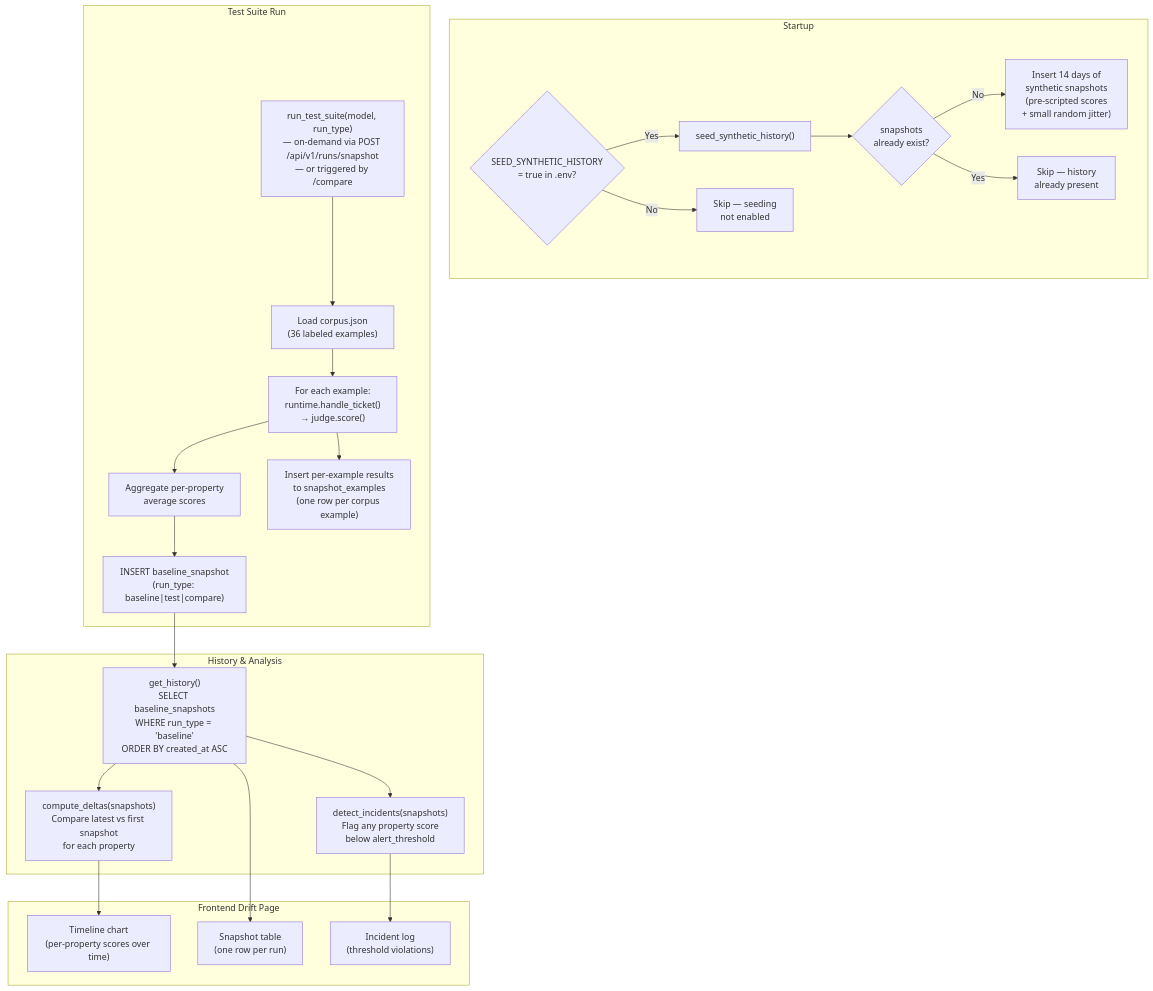
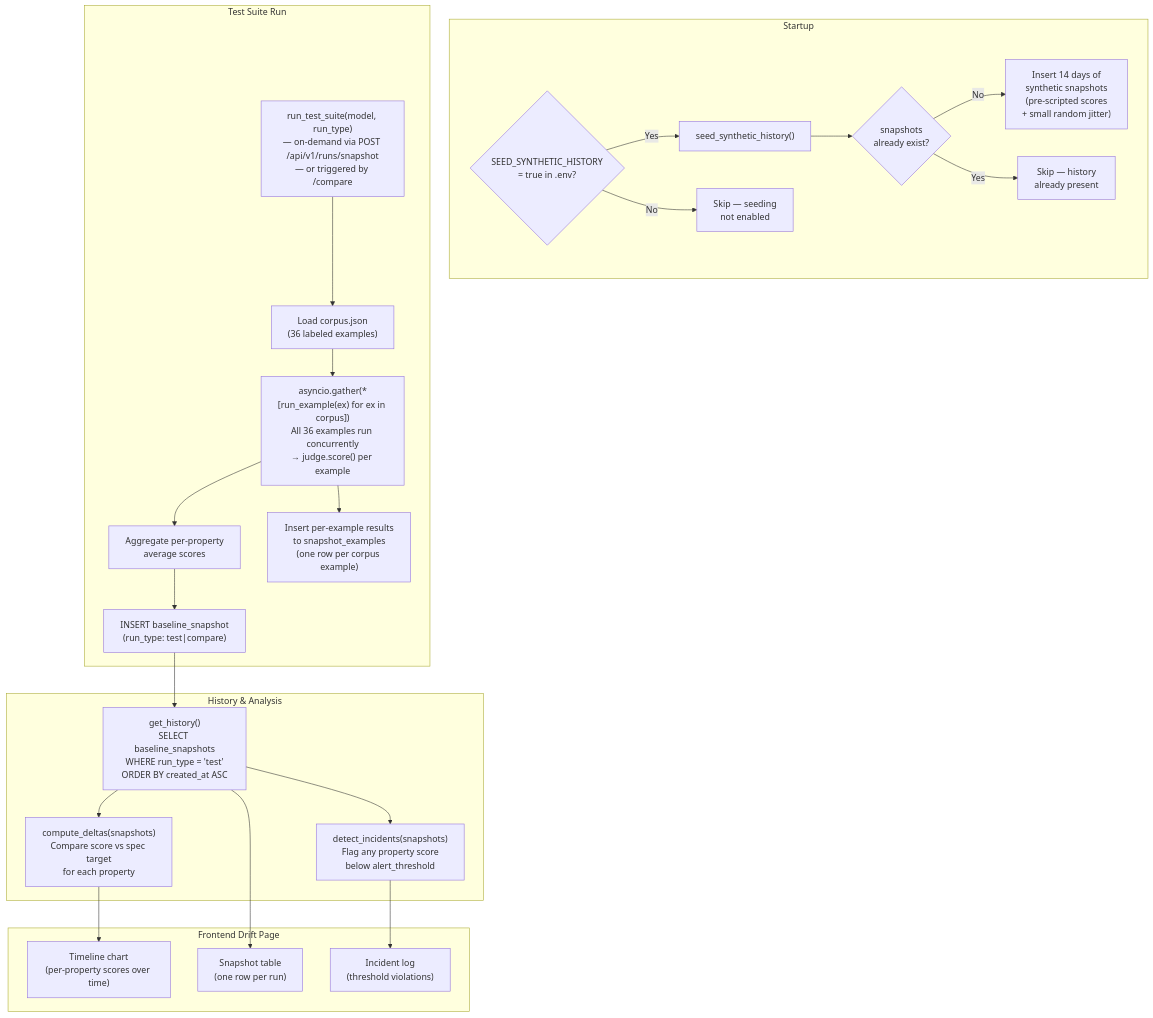
Before and after one commit to ad25343/GlassBox: the fourth of 6 diagrams in docs/architecture.md, drawn with Mermaid. The commit also changed other lines of this file and 5 other files, not shown here.

First line of the commit message:
Update docs to reflect current architecture

````diff
--- a/docs/architecture.md
+++ b/docs/architecture.md
@@ -132,48 +132,48 @@
 ```mermaid
 graph TD
     subgraph Startup
         env_flag{"SEED_SYNTHETIC_HISTORY\n= true in .env?"}
         seed["seed_synthetic_history()"]
         check_existing{"snapshots\nalready exist?"}
         insert_synthetic["Insert 14 days of\nsynthetic snapshots\n(pre-scripted scores\n+ small random jitter)"]
         skip["Skip — history\nalready present"]
         skip_seed["Skip — seeding\nnot enabled"]
 
         env_flag -->|Yes| seed
         env_flag -->|No| skip_seed
         seed --> check_existing
         check_existing -->|No| insert_synthetic
         check_existing -->|Yes| skip
     end
 
     subgraph Test Suite Run
         trigger["run_test_suite(model, run_type)\n— on-demand via POST /api/v1/runs/snapshot\n— or triggered by /compare"]
         corpus["Load corpus.json\n(36 labeled examples)"]
-        loop["For each example:\nruntime.handle_ticket()\n→ judge.score()"]
+        loop["asyncio.gather(*[run_example(ex) for ex in corpus])\nAll 36 examples run concurrently\n→ judge.score() per example"]
         aggregate["Aggregate per-property\naverage scores"]
         store_examples["Insert per-example results\nto snapshot_examples\n(one row per corpus example)"]
-        snapshot["INSERT baseline_snapshot\n(run_type: baseline|test|compare)"]
+        snapshot["INSERT baseline_snapshot\n(run_type: test|compare)"]
 
         trigger --> corpus --> loop --> aggregate --> snapshot
         loop --> store_examples
     end
 
     subgraph History & Analysis
-        get_history["get_history()\nSELECT baseline_snapshots\nWHERE run_type = 'baseline'\nORDER BY created_at ASC"]
-        compute_deltas["compute_deltas(snapshots)\nCompare latest vs first snapshot\nfor each property"]
+        get_history["get_history()\nSELECT baseline_snapshots\nWHERE run_type = 'test'\nORDER BY created_at ASC"]
+        compute_deltas["compute_deltas(snapshots)\nCompare score vs spec target\nfor each property"]
         detect_incidents["detect_incidents(snapshots)\nFlag any property score\nbelow alert_threshold"]
     end
 
     subgraph Frontend Drift Page
         timeline["Timeline chart\n(per-property scores over time)"]
         table["Snapshot table\n(one row per run)"]
         incident_log["Incident log\n(threshold violations)"]
     end
 
     snapshot --> get_history
     get_history --> compute_deltas
     get_history --> detect_incidents
     compute_deltas --> timeline
     get_history --> table
     detect_incidents --> incident_log
 ```
````
